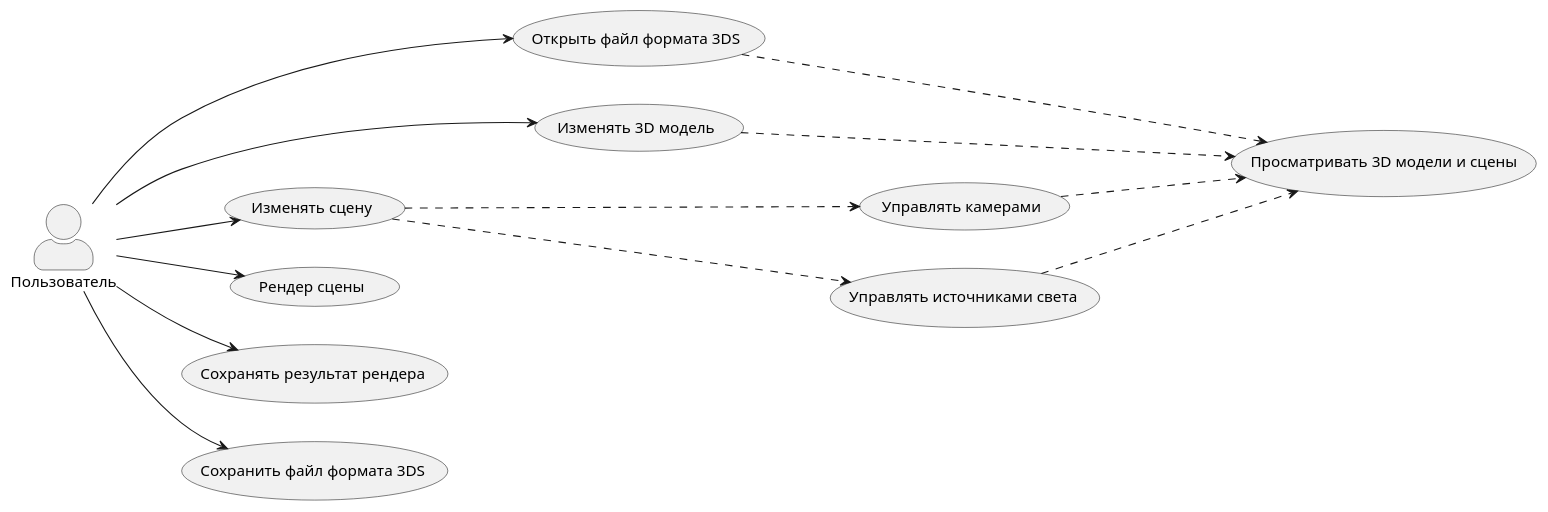
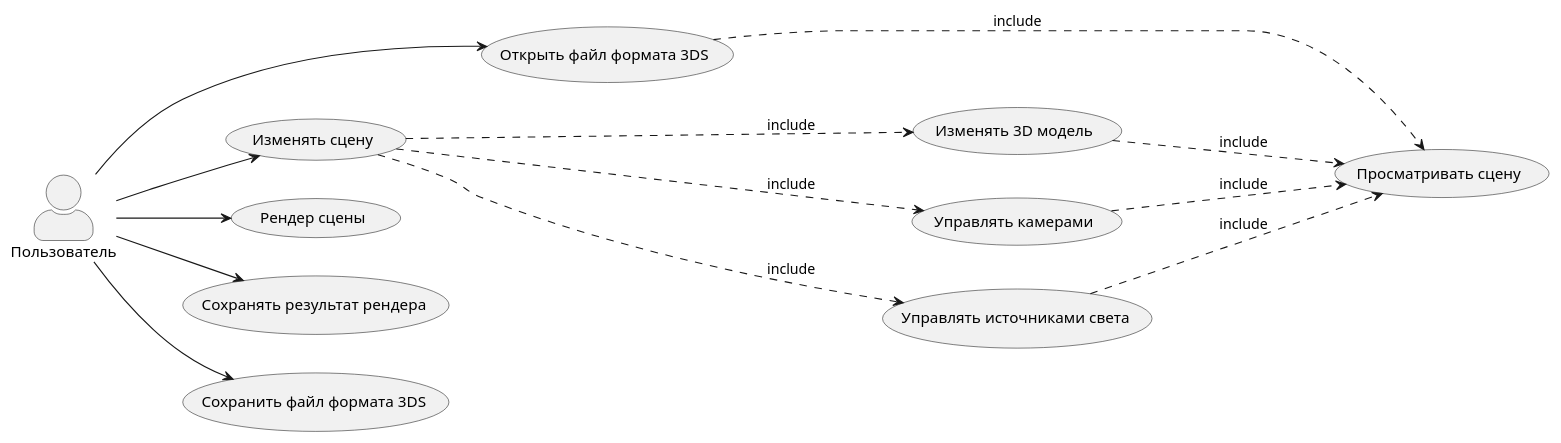
Before and after one commit to botokash/gb_ch2_task: the diagram in usecase.puml, drawn with PlantUML. The commit also changed 1 other file, not shown here.

Commit message:
update usecase

```diff
--- a/usecase.puml
+++ b/usecase.puml
@@ -1,26 +1,26 @@
 @startuml usecase
 left to right direction
 skinparam actorStyle awesome
 actor "Пользователь" as user
 usecase "Открыть файл формата 3DS" as open
 usecase "Изменять 3D модель" as edit_model
 usecase "Изменять сцену" as edit_scene
 usecase "Управлять камерами" as scene_camera
 usecase "Управлять источниками света" as scene_light
-usecase "Просматривать 3D модели и сцены" as view
+usecase "Просматривать сцену" as view
 usecase "Рендер сцены" as render
 usecase "Сохранять результат рендера" as render_save
 usecase "Сохранить файл формата 3DS" as save
 user --> open
-user --> edit_model
 user --> edit_scene
 user --> render
 user --> render_save
 user --> save
-open ...> view
-edit_model ...> view
-edit_scene ...> scene_camera
-edit_scene ...> scene_light
-scene_camera ...> view
-scene_light ...> view
+open ...> view : include
+edit_model ...> view : include
+edit_scene ...> edit_model : include
+edit_scene ...> scene_camera : include
+edit_scene ...> scene_light : include
+scene_camera ...> view : include
+scene_light ...> view : include
 @enduml
```
